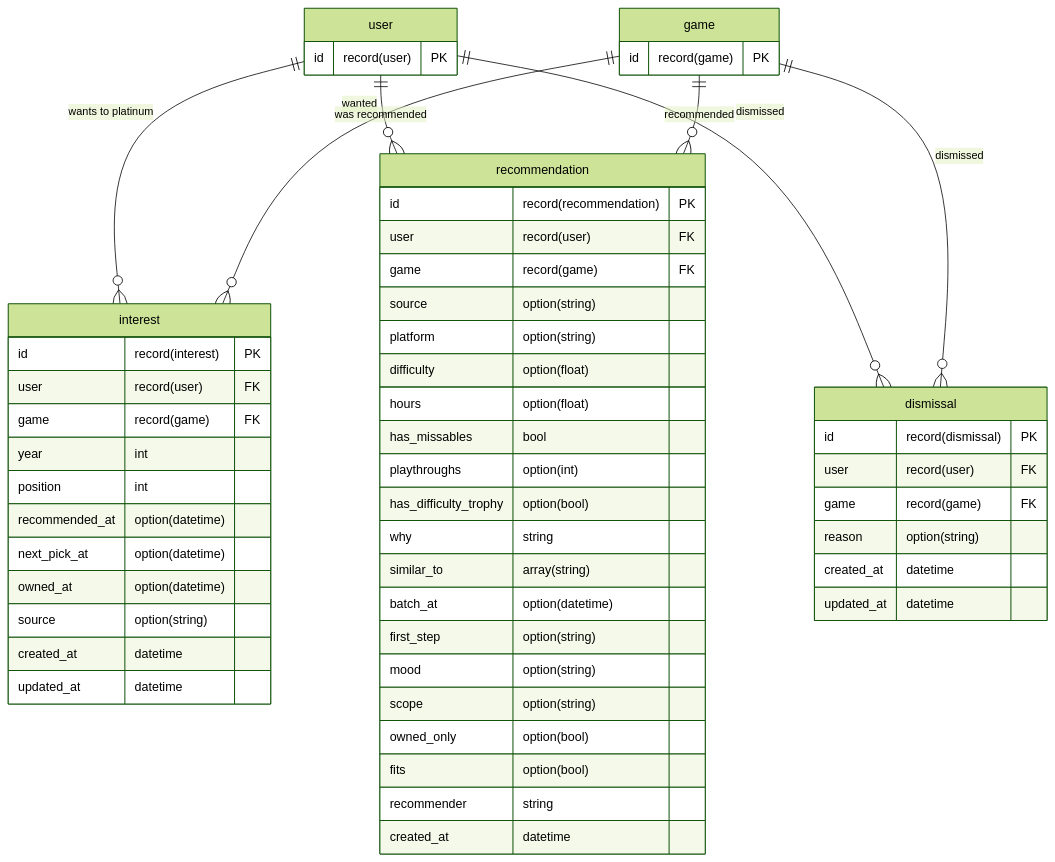
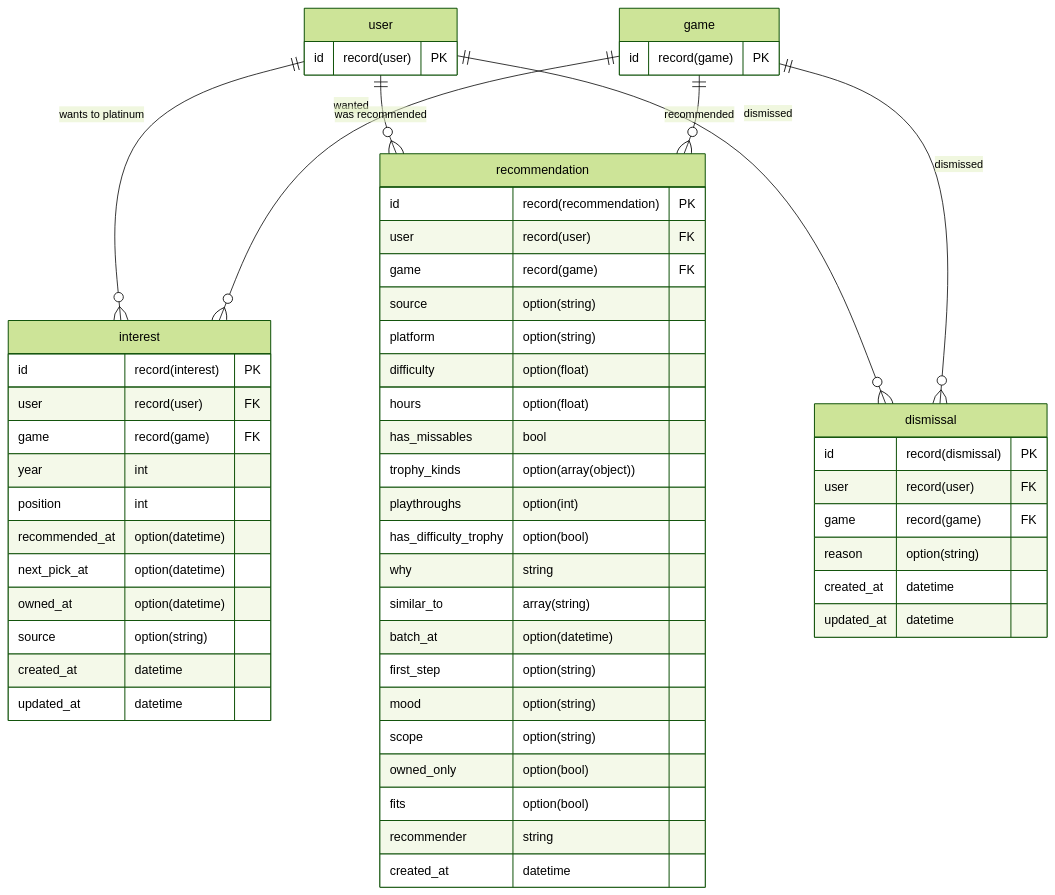
The second of 5 diagrams in docs/design/04-database.md (renatoaug/platjourney), drawn with Mermaid (forest theme) before and after one commit. The commit also changed 22 other files, not shown here.

````diff
--- a/docs/design/04-database.md
+++ b/docs/design/04-database.md
@@ -132,58 +132,59 @@
 ```mermaid
 erDiagram
     user ||--o{ interest : "wants to platinum"
     game ||--o{ interest : "wanted"
     user ||--o{ recommendation : "was recommended"
     game ||--o{ recommendation : "recommended"
     user ||--o{ dismissal : "dismissed"
     game ||--o{ dismissal : "dismissed"
     interest {
         id record(interest) PK
         user record(user) FK
         game record(game) FK
         year int
         position int
         recommended_at option(datetime)
         next_pick_at option(datetime)
         owned_at option(datetime)
         source option(string)
         created_at datetime
         updated_at datetime
     }
     recommendation {
         id record(recommendation) PK
         user record(user) FK
         game record(game) FK
         source option(string)
         platform option(string)
         difficulty option(float)
         hours option(float)
         has_missables bool
+        trophy_kinds option(array(object))
         playthroughs option(int)
         has_difficulty_trophy option(bool)
         why string
         similar_to array(string)
         batch_at option(datetime)
         first_step option(string)
         mood option(string)
         scope option(string)
         owned_only option(bool)
         fits option(bool)
         recommender string
         created_at datetime
     }
     dismissal {
         id record(dismissal) PK
         user record(user) FK
         game record(game) FK
         reason option(string)
         created_at datetime
         updated_at datetime
     }
     user {
         id record(user) PK
     }
     game {
         id record(game) PK
     }
 ```
````
